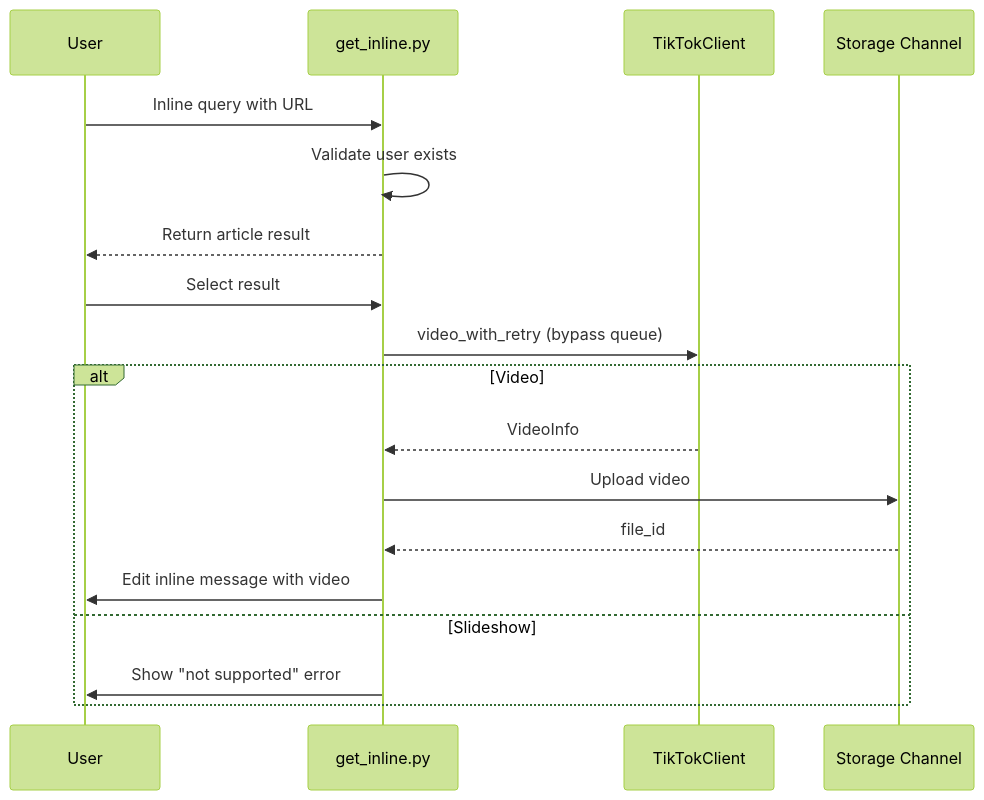
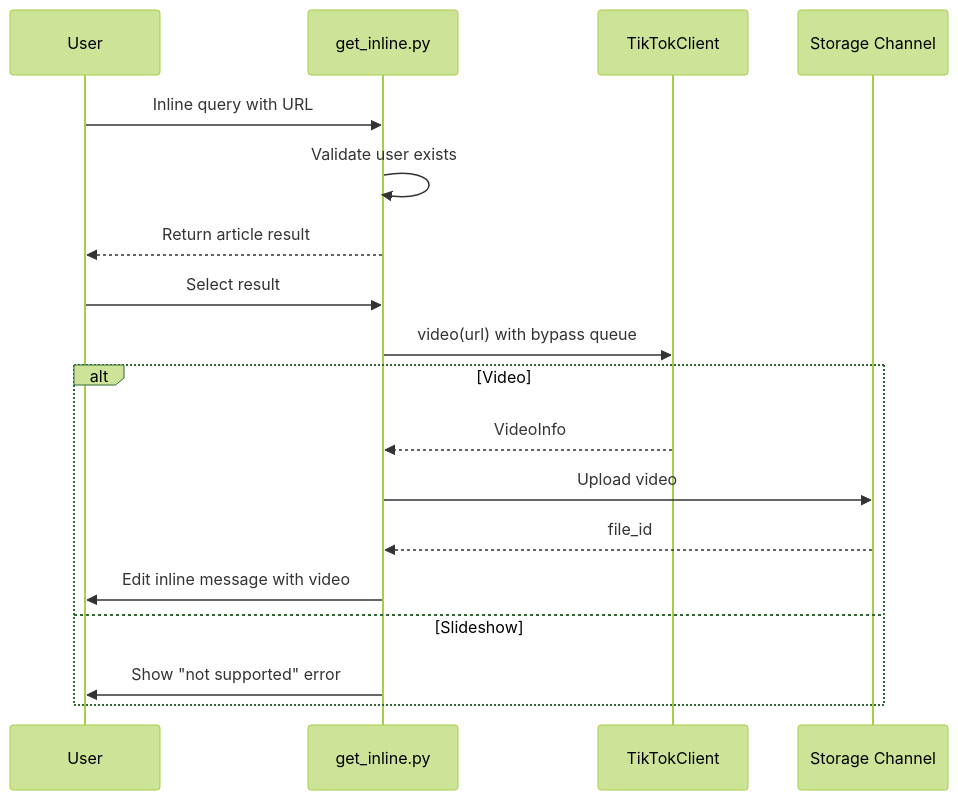
The fifth of 5 diagrams in docs/CODEBASE_MAP.md (karilaa-dev/tt-bot), drawn with Mermaid (forest theme) before and after one commit. The commit also changed other lines of this file, not shown here.

First line of the commit message:
Update codebase documentation with 3-part retry strategy

````diff
--- a/docs/CODEBASE_MAP.md
+++ b/docs/CODEBASE_MAP.md
@@ -305,22 +413,22 @@
 ```mermaid
 sequenceDiagram
     participant User
     participant Inline as get_inline.py
     participant Client as TikTokClient
     participant Storage as Storage Channel
 
     User->>Inline: Inline query with URL
     Inline->>Inline: Validate user exists
     Inline-->>User: Return article result
     User->>Inline: Select result
-    Inline->>Client: video_with_retry (bypass queue)
+    Inline->>Client: video(url) with bypass queue
 
     alt Video
         Client-->>Inline: VideoInfo
         Inline->>Storage: Upload video
         Storage-->>Inline: file_id
         Inline->>User: Edit inline message with video
     else Slideshow
         Inline->>User: Show "not supported" error
     end
 ```
````
